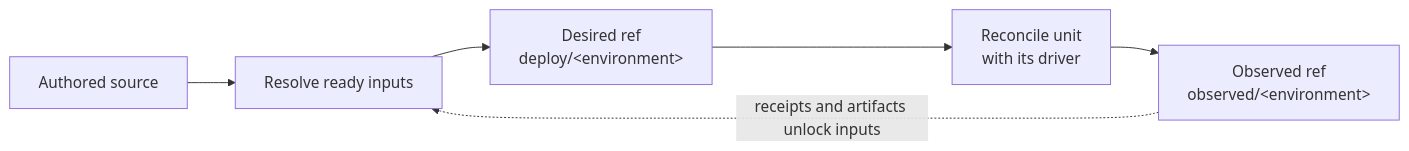
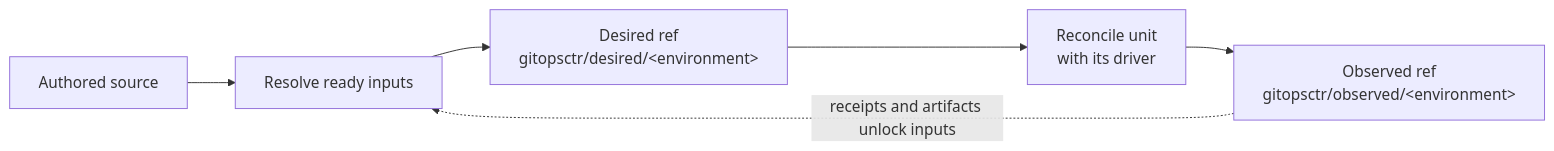
The diagram in docs/index.md (NiklasRosenstein/gitopsctr), drawn with Mermaid before and after one commit. The commit also changed other lines of this file and 26 other files, not shown here.

````diff
--- a/docs/index.md
+++ b/docs/index.md
@@ -37,8 +37,8 @@
 ```mermaid
 flowchart LR
   source["Authored source"] --> advance["Resolve ready inputs"]
-  advance --> desired["Desired ref<br/>deploy/&lt;environment&gt;"]
+  advance --> desired["Desired ref<br/>gitopsctr/desired/&lt;environment&gt;"]
   desired --> driver["Reconcile unit<br/>with its driver"]
-  driver --> observed["Observed ref<br/>observed/&lt;environment&gt;"]
+  driver --> observed["Observed ref<br/>gitopsctr/observed/&lt;environment&gt;"]
   observed -.->|receipts and artifacts unlock inputs| advance
 ```
````
